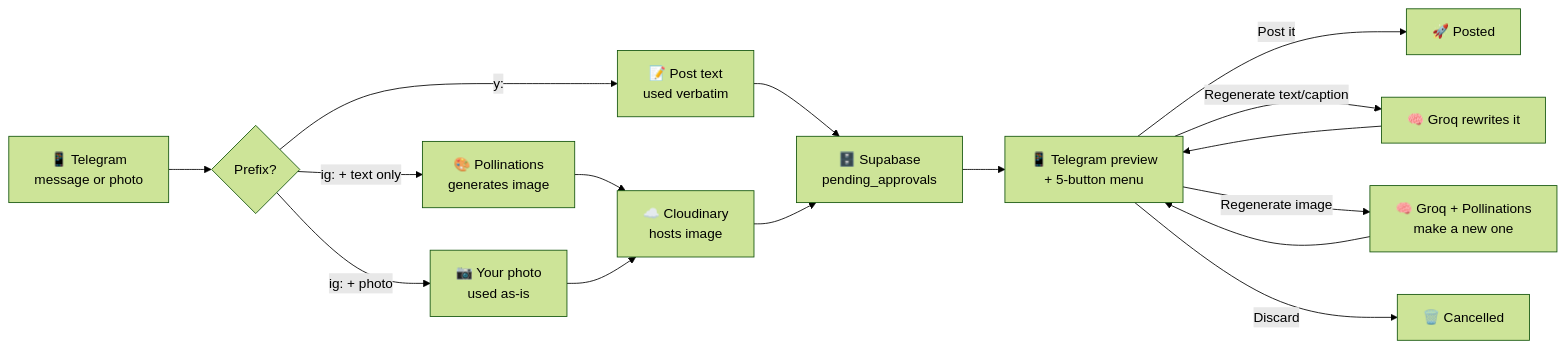
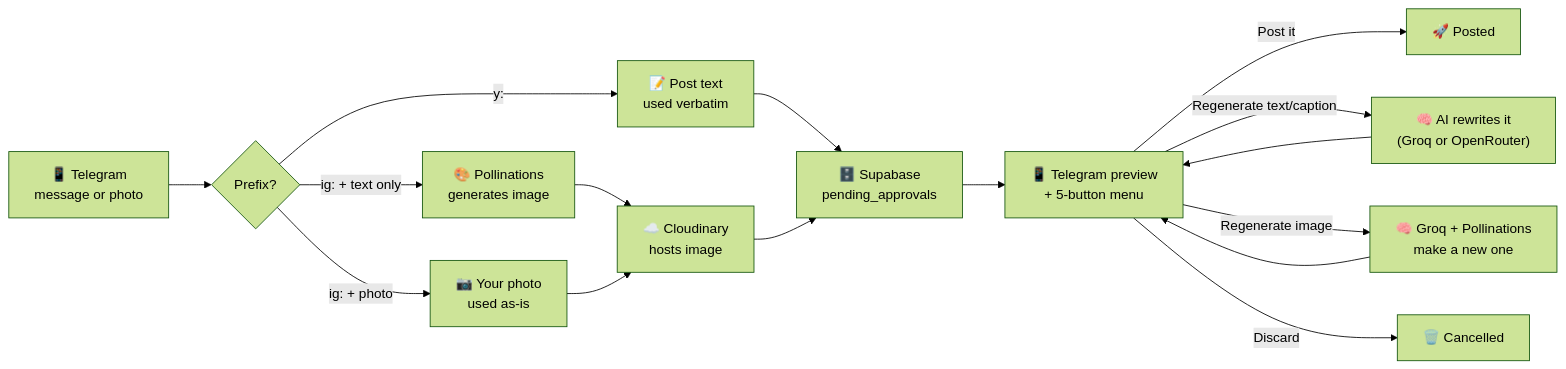
The diagram in README.md (YahyaZekry/social-publisher), drawn with Mermaid (forest theme) before and after one commit. The commit also changed other lines of this file, not shown here.

First line of the commit message:
Update README for Instagram caption move to OpenRouter

````diff
--- a/README.md
+++ b/README.md
@@ -24,18 +24,18 @@
 ```mermaid
 flowchart LR
     A["📱 Telegram\nmessage or photo"] --> R{"Prefix?"}
     R -->|"y:"| B1["📝 Post text\nused verbatim"]
     R -->|"ig: + photo"| B2P["📷 Your photo\nused as-is"]
     R -->|"ig: + text only"| B2["🎨 Pollinations\ngenerates image"]
     B2 --> D["☁️ Cloudinary\nhosts image"]
     B2P --> D
     B1 --> E["🗄️ Supabase\npending_approvals"]
     D --> E
     E --> F["📱 Telegram preview\n+ 5-button menu"]
     F -->|"Post it"| G1["🚀 Posted"]
-    F -->|"Regenerate text/caption"| H1["🧠 Groq rewrites it"]
+    F -->|"Regenerate text/caption"| H1["🧠 AI rewrites it\n(Groq or OpenRouter)"]
     F -->|"Regenerate image"| H2["🧠 Groq + Pollinations\nmake a new one"]
     H1 --> F
     H2 --> F
     F -->|"Discard"| I["🗑️ Cancelled"]
 ```
````
